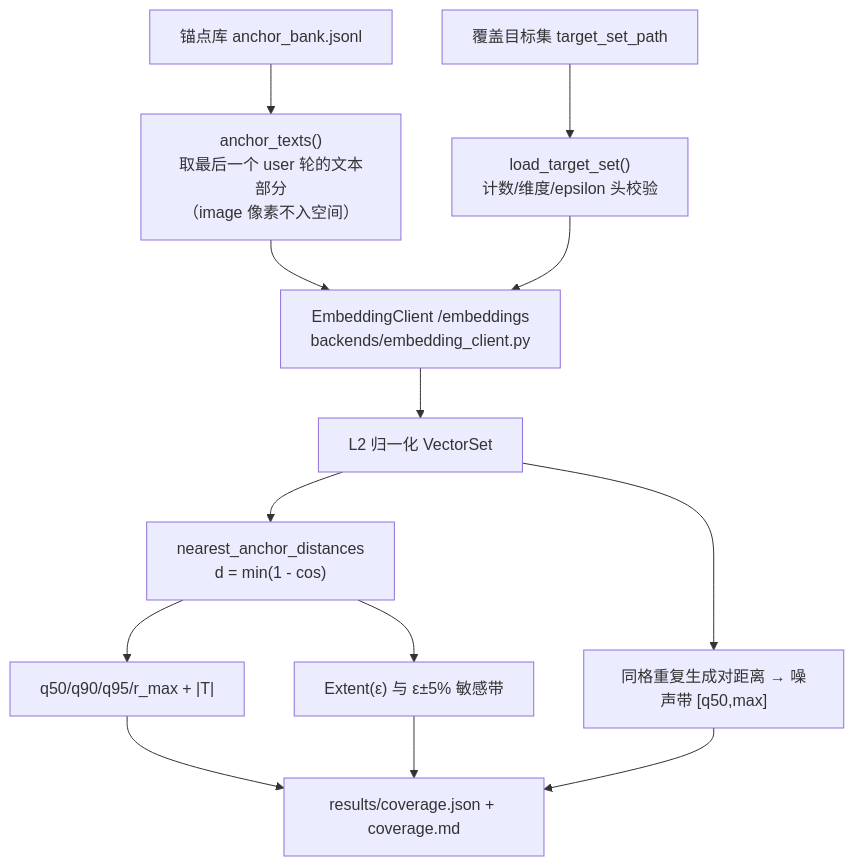
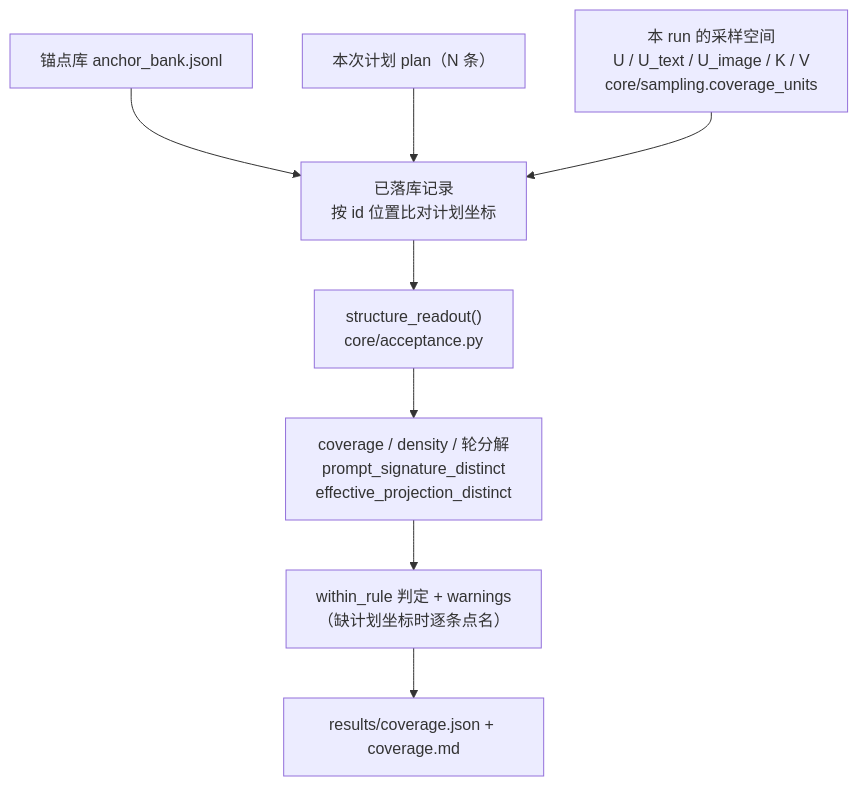
The sixth of 6 diagrams in docs/architecture.md (godthrone/anchor-replay-distillation), drawn with Mermaid before and after one commit. The commit also changed other lines of this file and 4 other files, not shown here.

First line of the commit message:
docs: retarget the documentation at the structure-only readout

````diff
--- a/docs/architecture.md
+++ b/docs/architecture.md
@@ -438,15 +436,10 @@
 ```mermaid
 flowchart TD
-    A["锚点库 anchor_bank.jsonl"] --> B["anchor_texts()<br/>取最后一个 user 轮的文本部分<br/>（image 像素不入空间）"]
-    T["覆盖目标集 target_set_path"] --> U["load_target_set()<br/>计数/维度/epsilon 头校验"]
-    B --> E["EmbeddingClient /embeddings<br/>backends/embedding_client.py"]
-    U --> E
-    E --> N["L2 归一化 VectorSet"]
-    N --> D["nearest_anchor_distances<br/>d = min(1 - cos)"]
-    D --> Q["q50/q90/q95/r_max + |T|"]
-    D --> X["Extent(ε) 与 ε±5% 敏感带"]
-    N --> W["同格重复生成对距离 → 噪声带 [q50,max]"]
-    Q --> R["results/coverage.json + coverage.md"]
-    X --> R
-    W --> R
+    A["锚点库 anchor_bank.jsonl"] --> B["已落库记录<br/>按 id 位置比对计划坐标"]
+    P["本次计划 plan（N 条）"] --> B
+    O["本 run 的采样空间<br/>U / U_text / U_image / K / V<br/>core/sampling.coverage_units"] --> B
+    B --> S["structure_readout()<br/>core/acceptance.py"]
+    S --> D["coverage / density / 轮分解<br/>prompt_signature_distinct<br/>effective_projection_distinct"]
+    D --> W["within_rule 判定 + warnings<br/>（缺计划坐标时逐条点名）"]
+    W --> R["results/coverage.json + coverage.md"]
 ```
````
